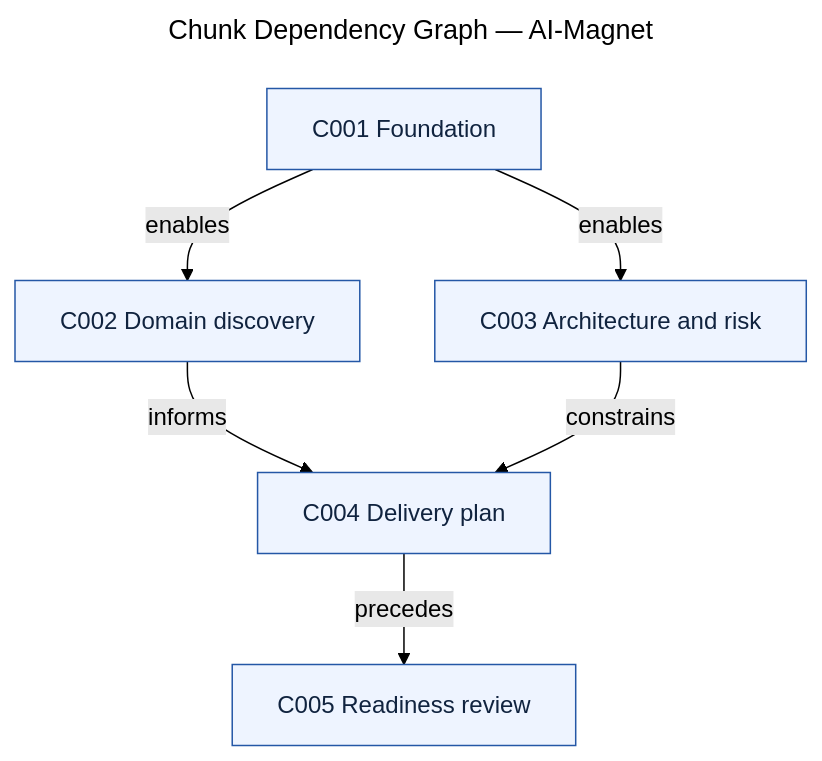
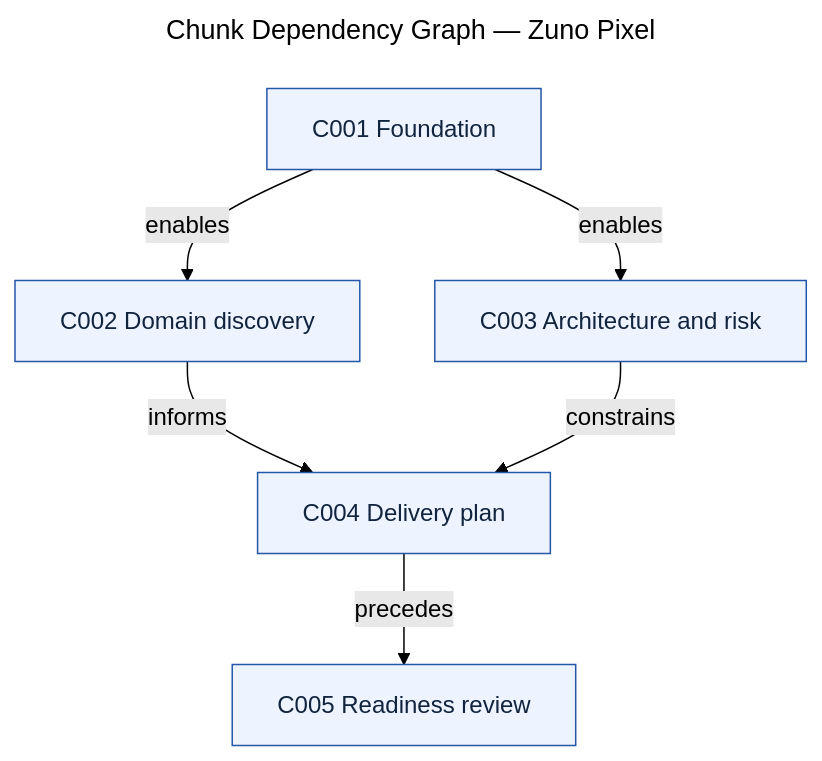
The diagram in planning/architecture/diagrams/chunk-dependency.mmd (Tauhid-dev/Brand-website), drawn with Mermaid (forest theme) before and after one commit. The commit also changed 73 other files, not shown here.

Commit message:
feat(brand): complete Zuno Pixel phase 1

```diff
--- a/planning/architecture/diagrams/chunk-dependency.mmd
+++ b/planning/architecture/diagrams/chunk-dependency.mmd
@@ -1,16 +1,16 @@
 ---
-title: "Chunk Dependency Graph — AI-Magnet"
+title: "Chunk Dependency Graph — Zuno Pixel"
 ---
 flowchart TD
     c001["C001 Foundation"]
     c002["C002 Domain discovery"]
     c003["C003 Architecture and risk"]
     c004["C004 Delivery plan"]
     c005["C005 Readiness review"]
     c001 -->|"enables"| c002
     c001 -->|"enables"| c003
     c002 -->|"informs"| c004
     c003 -->|"constrains"| c004
     c004 -->|"precedes"| c005
     classDef genesis fill:#eef4ff,stroke:#2457a6,color:#10233f
     class c001,c002,c003,c004,c005 genesis
```
